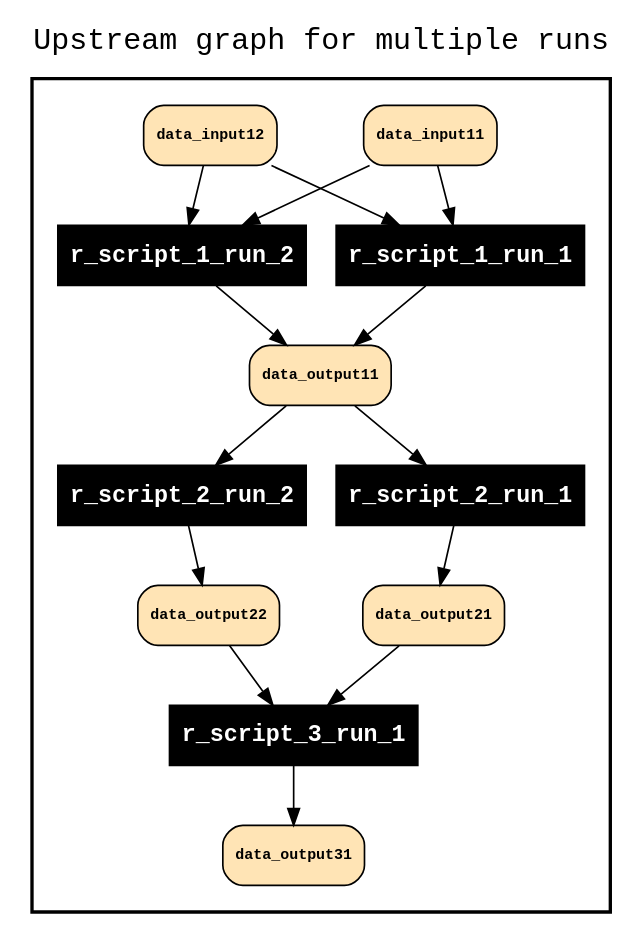
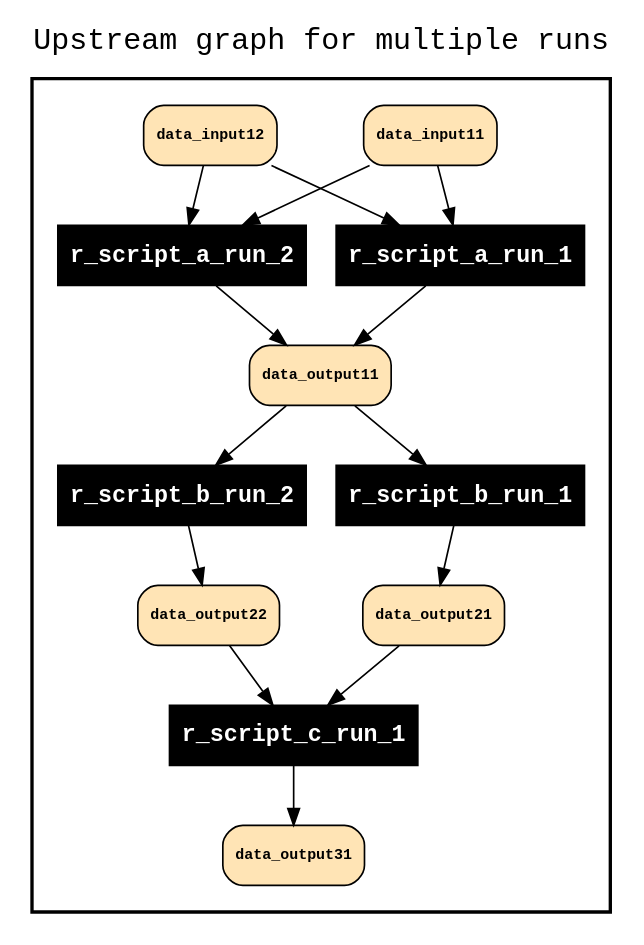
Before and after one commit to sycao5/runManager-multipleRuns: the diagram in results/wf_upstream_of_test_data.gv, drawn with Graphviz. The commit also changed 9 other files, not shown here.

```diff
--- a/results/wf_upstream_of_test_data.gv
+++ b/results/wf_upstream_of_test_data.gv
@@ -1,42 +1,42 @@
 
 digraph yw_data_view {
 rankdir=TB
 fontname=Courier; fontsize=18; labelloc=t
 label="Upstream graph for multiple runs"
 subgraph cluster_workflow { label=""; color=black; penwidth=2
 subgraph cluster_workflow_inner { label=""; color=white
 node[shape=box style=filled fillcolor="black" peripheries=1 fontname="Courier-Bold" fontcolor=white]
-r_script_2_run_2
-r_script_2_run_1
-r_script_1_run_2
-r_script_1_run_1
-r_script_3_run_1
+r_script_b_run_2
+r_script_b_run_1
+r_script_a_run_2
+r_script_a_run_1
+r_script_c_run_1
 node[shape=box style="rounded,filled" fillcolor="#FFE4B5" peripheries=1 fontname="Courier-Bold" fontsize=9 fontcolor=black]
 data_input11
 data_input11
 data_input12
 data_input12
 data_output11
 data_output11
 data_output11
 data_output11
 data_output21
 data_output21
 data_output22
 data_output22
 data_output31
 }}
-data_output22 -> r_script_3_run_1
-data_output21 -> r_script_3_run_1
-data_input12 -> r_script_1_run_1
-data_input12 -> r_script_1_run_2
-data_input11 -> r_script_1_run_1
-data_input11 -> r_script_1_run_2
-data_output11 -> r_script_2_run_1
-data_output11 -> r_script_2_run_2
-r_script_1_run_1 -> data_output11
-r_script_1_run_2 -> data_output11
-r_script_2_run_1 -> data_output21
-r_script_2_run_2 -> data_output22
-r_script_3_run_1 -> data_output31
+data_output22 -> r_script_c_run_1
+data_output21 -> r_script_c_run_1
+data_input12 -> r_script_a_run_1
+data_input12 -> r_script_a_run_2
+data_input11 -> r_script_a_run_1
+data_input11 -> r_script_a_run_2
+data_output11 -> r_script_b_run_1
+data_output11 -> r_script_b_run_2
+r_script_a_run_1 -> data_output11
+r_script_a_run_2 -> data_output11
+r_script_b_run_1 -> data_output21
+r_script_b_run_2 -> data_output22
+r_script_c_run_1 -> data_output31
 }
```
